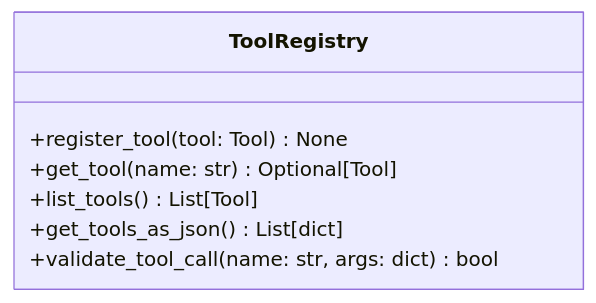
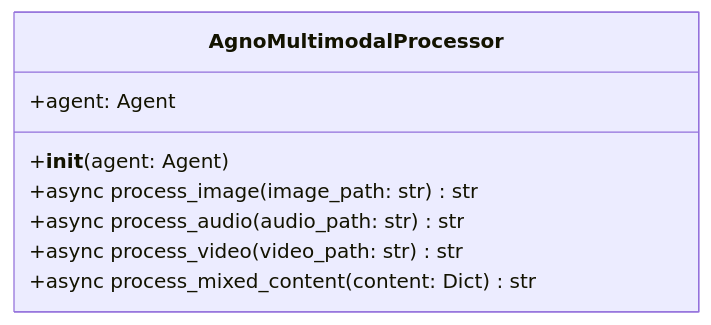
One commit to NewAITees/ollama-mcp-client-webapp changed the fourth of 5 diagrams in docs/API_DOCUMENTATION.md. Above: the diagram before and after it, drawn with Mermaid. The commit also changed other lines of this file and 18 other files, not shown here.

First line of the commit message:
Refactor Ollama MCP Client & Agent to integrate Agno framework and enhance multimodal capabilities

````diff
--- a/docs/API_DOCUMENTATION.md
+++ b/docs/API_DOCUMENTATION.md
@@ -129,10 +151,11 @@
 ```mermaid
 classDiagram
-    class ToolRegistry {
-        +register_tool(tool: Tool) None
-        +get_tool(name: str) Optional[Tool]
-        +list_tools() List[Tool]
-        +get_tools_as_json() List[dict]
-        +validate_tool_call(name: str, args: dict) bool
+    class AgnoMultimodalProcessor {
+        +__init__(agent: Agent)
+        +async process_image(image_path: str) str
+        +async process_audio(audio_path: str) str
+        +async process_video(video_path: str) str
+        +async process_mixed_content(content: Dict) str
+        +agent: Agent
     }
 ```
````
